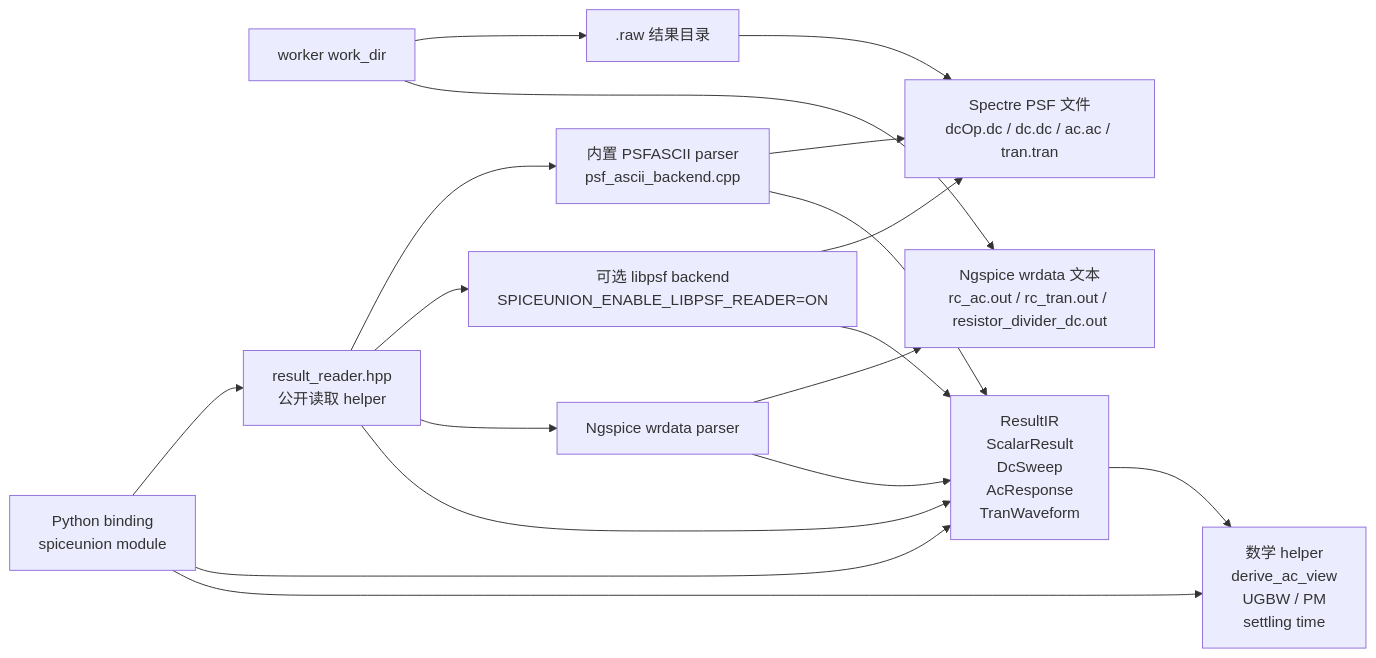
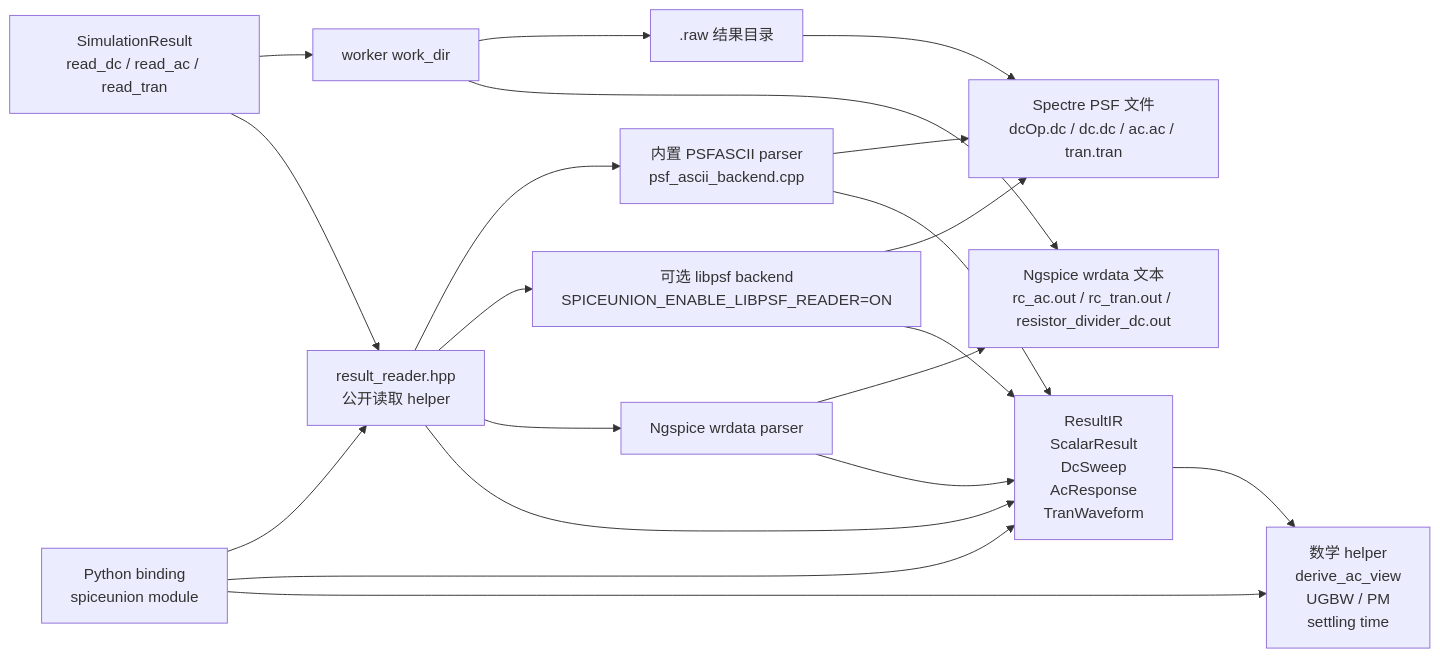
Before and after one commit to Snappersontheprowl/SPICEUnion: the third of 6 diagrams in doc/develop_doc/00_项目总览/02_架构总览.md, drawn with Mermaid. The commit also changed other lines of this file and 17 other files, not shown here.

````diff
--- a/doc/develop_doc/00_项目总览/02_架构总览.md
+++ b/doc/develop_doc/00_项目总览/02_架构总览.md
@@ -164,36 +185,39 @@
 ```mermaid
 flowchart LR
     WorkDir["worker work_dir"]
     RawDir[".raw 结果目录"]
     PsfFiles["Spectre PSF 文件<br/>dcOp.dc / dc.dc / ac.ac / tran.tran"]
     NgspiceOut["Ngspice wrdata 文本<br/>rc_ac.out / rc_tran.out / resistor_divider_dc.out"]
 
+    SimResult["SimulationResult<br/>read_dc / read_ac / read_tran"]
     Reader["result_reader.hpp<br/>公开读取 helper"]
     AsciiParser["内置 PSFASCII parser<br/>psf_ascii_backend.cpp"]
     Libpsf["可选 libpsf backend<br/>SPICEUNION_ENABLE_LIBPSF_READER=ON"]
     TextParser["Ngspice wrdata parser"]
     ResultIR["ResultIR<br/>ScalarResult<br/>DcSweep<br/>AcResponse<br/>TranWaveform"]
     Math["数学 helper<br/>derive_ac_view<br/>UGBW / PM<br/>settling time"]
     Py["Python binding<br/>spiceunion module"]
 
+    SimResult --> WorkDir
+    SimResult --> Reader
     WorkDir --> RawDir
     RawDir --> PsfFiles
     WorkDir --> NgspiceOut
 
     Reader --> AsciiParser
     Reader --> Libpsf
     Reader --> TextParser
 
     AsciiParser --> PsfFiles
     Libpsf --> PsfFiles
     TextParser --> NgspiceOut
 
     AsciiParser --> ResultIR
     Libpsf --> ResultIR
     TextParser --> ResultIR
     ResultIR --> Math
     Reader --> ResultIR
     Py --> Reader
     Py --> ResultIR
     Py --> Math
 ```
````
